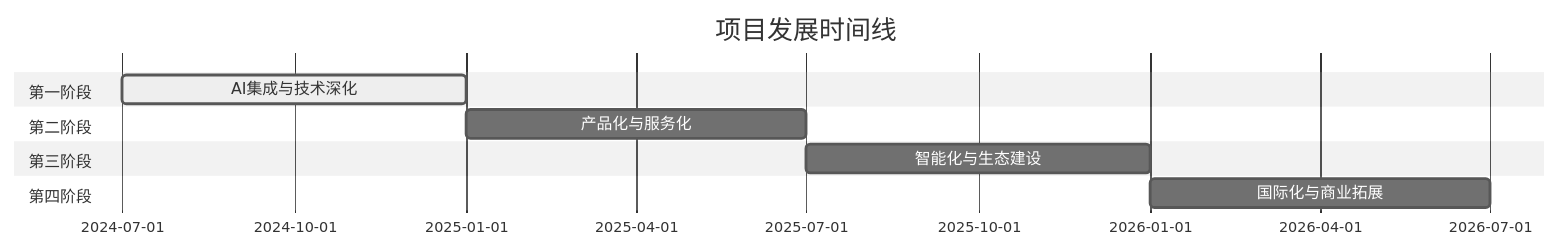
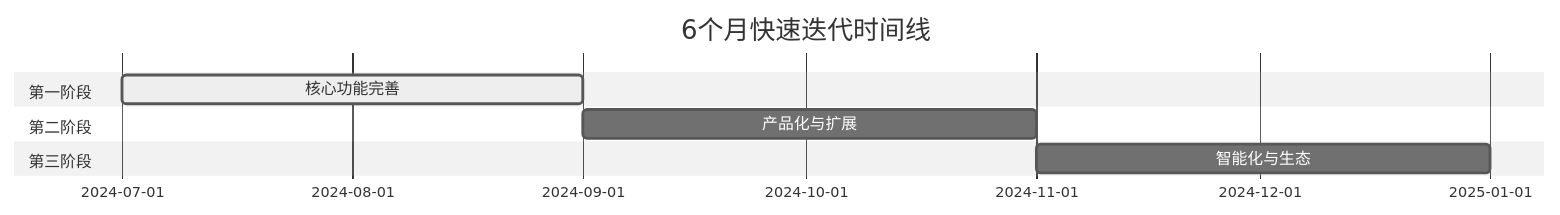
One commit to flanliulf/AI-Copyright-Application-Generator changed the diagram in ROADMAP.md. Above: the diagram before and after it, drawn with Mermaid (neutral theme). The commit also changed other lines of this file and 21 other files, not shown here.

````diff
--- a/ROADMAP.md
+++ b/ROADMAP.md
@@ -256,13 +125,11 @@
 ```mermaid
 gantt
-    title 项目发展时间线
+    title 6个月快速迭代时间线
     dateFormat  YYYY-MM-DD
     section 第一阶段
-    AI集成与技术深化     :active, v2, 2024-07-01, 6M
+    核心功能完善     :active, v2, 2024-07-01, 2M
     section 第二阶段  
-    产品化与服务化       :v3, after v2, 6M
+    产品化与扩展     :v3, after v2, 2M
     section 第三阶段
-    智能化与生态建设     :v4, after v3, 6M
-    section 第四阶段
-    国际化与商业拓展     :v5, after v4, 6M
+    智能化与生态     :v4, after v3, 2M
 ```
````
